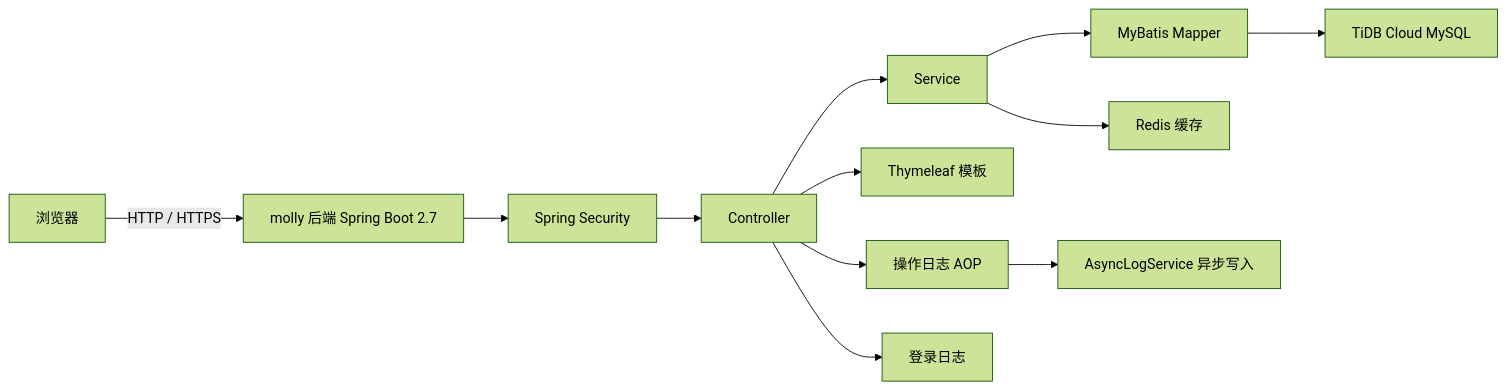
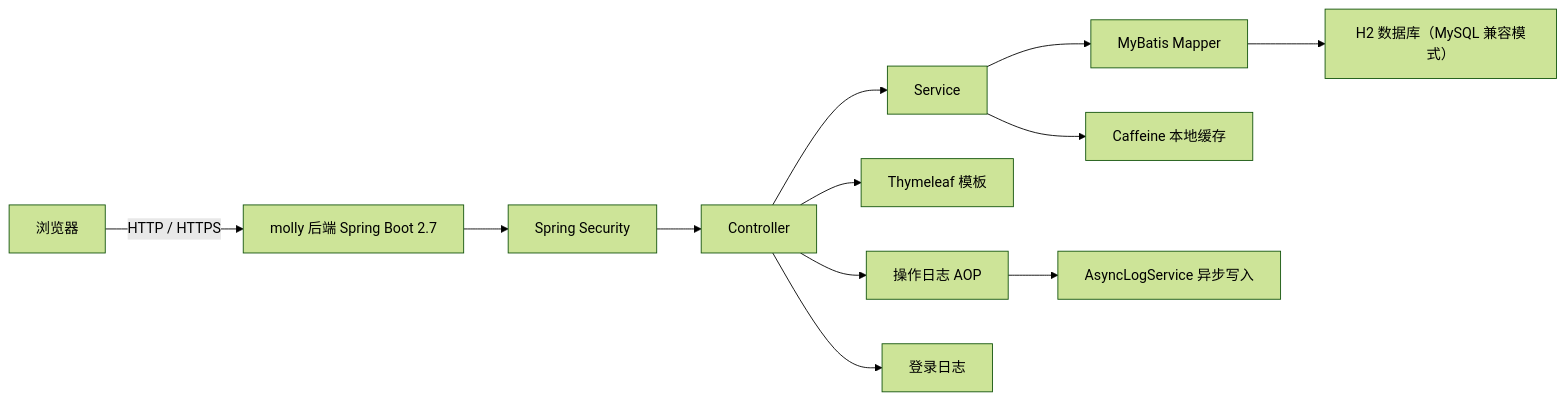
Before and after one commit to GeBron/molly: the first of 3 diagrams in .trae/documents/Technical-Architecture.md, drawn with Mermaid (forest theme). The commit also changed other lines of this file and 12 other files, not shown here.

First line of the commit message:
feat: 使用 H2 和 Caffeine 替换 MySQL 与 Redis (#32)

````diff
--- a/.trae/documents/Technical-Architecture.md
+++ b/.trae/documents/Technical-Architecture.md
@@ -5,14 +5,14 @@
 ```mermaid
 graph LR
     A["浏览器"] -->|HTTP / HTTPS| B["molly 后端 Spring Boot 2.7"]
     B --> C["Spring Security"]
     C --> D["Controller"]
     D --> E["Service"]
     E --> F["MyBatis Mapper"]
-    F --> G["TiDB Cloud MySQL"]
+    F --> G["H2 数据库（MySQL 兼容模式）"]
     D --> H["Thymeleaf 模板"]
-    E --> I["Redis 缓存"]
+    E --> I["Caffeine 本地缓存"]
     D --> J["操作日志 AOP"]
     J --> K["AsyncLogService 异步写入"]
     D --> L["登录日志"]
 ```
````
